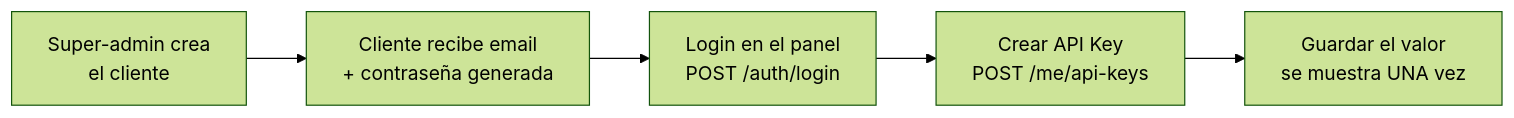
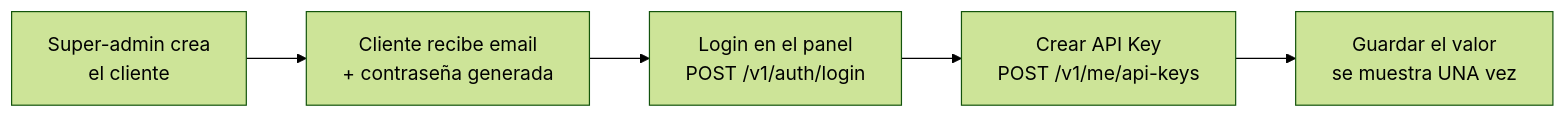
One commit to DanielChuc14/FileStore changed the diagram in API.md. Above: the diagram before and after it, drawn with Mermaid (forest theme). The commit also changed other lines of this file and 38 other files, not shown here.

````diff
--- a/API.md
+++ b/API.md
@@ -57,7 +57,7 @@
 ```mermaid
 flowchart LR
     A[Super-admin crea<br/>el cliente] --> B[Cliente recibe email<br/>+ contraseña generada]
-    B --> C[Login en el panel<br/>POST /auth/login]
-    C --> D[Crear API Key<br/>POST /me/api-keys]
+    B --> C[Login en el panel<br/>POST /v1/auth/login]
+    C --> D[Crear API Key<br/>POST /v1/me/api-keys]
     D --> E[Guardar el valor<br/>se muestra UNA vez]
 ```
````
